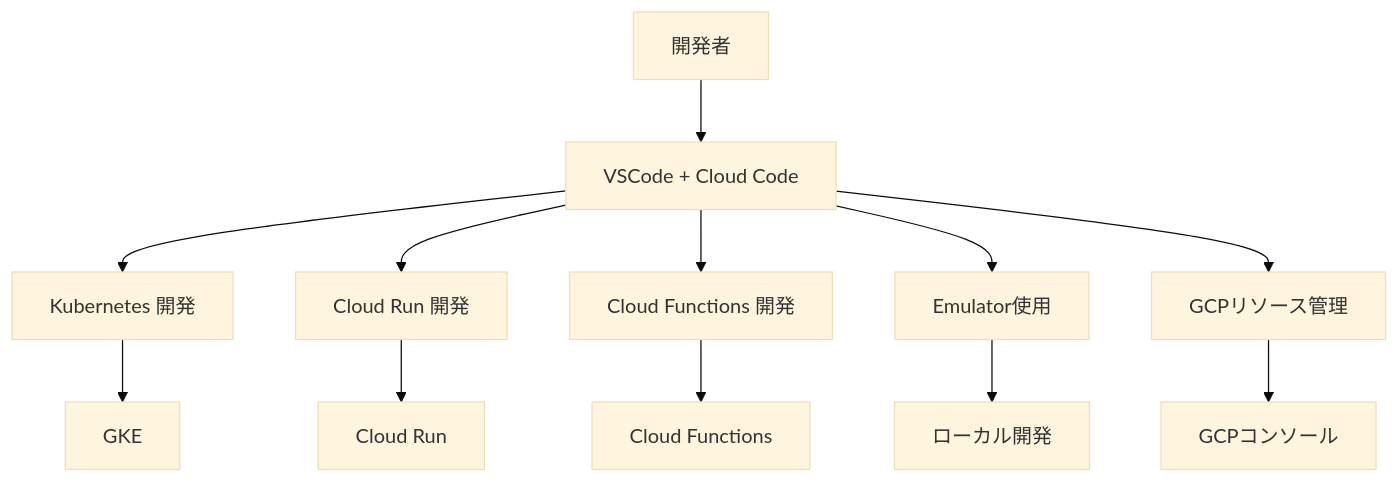
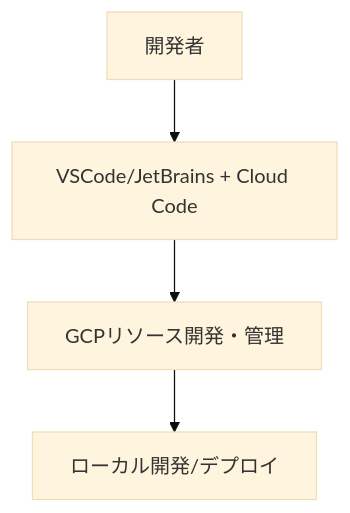
Before and after one commit to nothink-jp/suzumina.click: the diagram in docs/GCP_CLOUD_CODE.md, drawn with Mermaid (base theme). The commit also changed other lines of this file and 12 other files, not shown here.

````diff
--- a/docs/GCP_CLOUD_CODE.md
+++ b/docs/GCP_CLOUD_CODE.md
@@ -21,14 +9,6 @@
 ```mermaid
 graph TD
-    A[開発者] --> B[VSCode + Cloud Code]
-    B --> C[Kubernetes 開発]
-    B --> D[Cloud Run 開発]
-    B --> E[Cloud Functions 開発]
-    B --> F[Emulator使用]
-    B --> G[GCPリソース管理]
-    C --> H[GKE]
-    D --> I[Cloud Run]
-    E --> J[Cloud Functions]
-    F --> K[ローカル開発]
-    G --> L[GCPコンソール]
+    A[開発者] --> B[VSCode/JetBrains + Cloud Code]
+    B --> C[GCPリソース開発・管理]
+    C --> D[ローカル開発/デプロイ]
 ```
````
